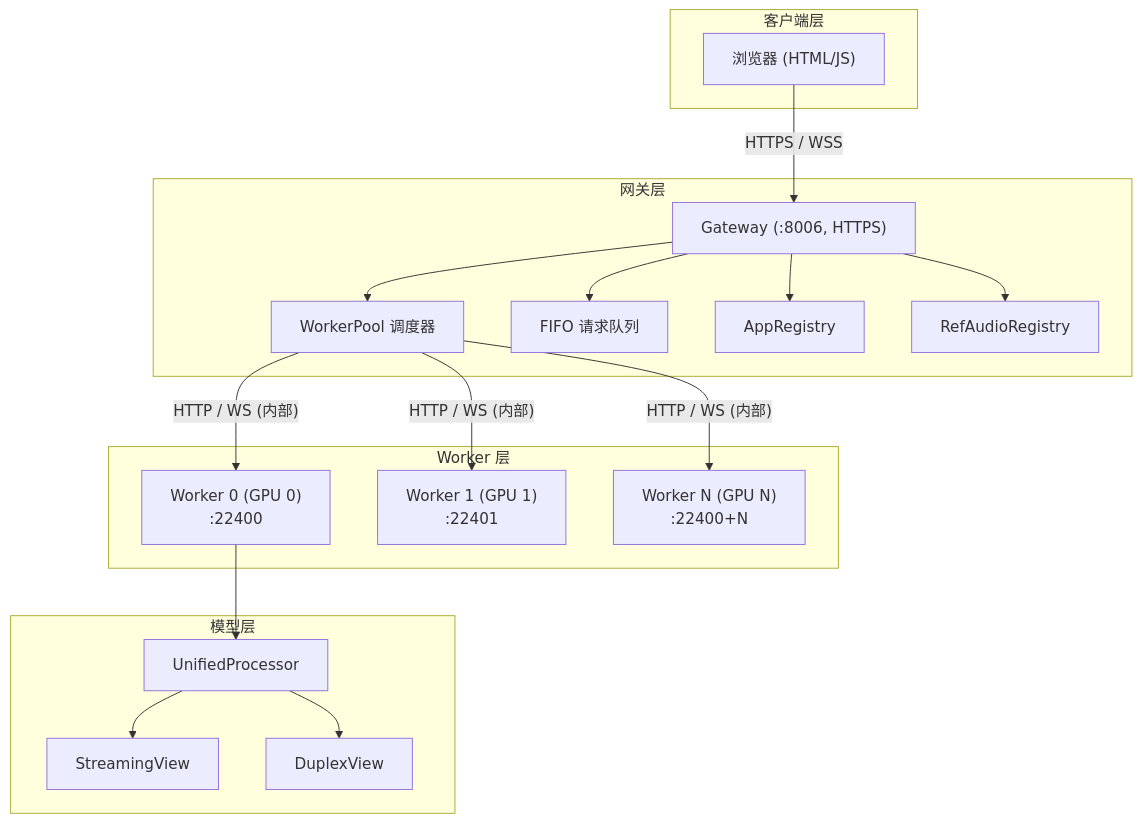
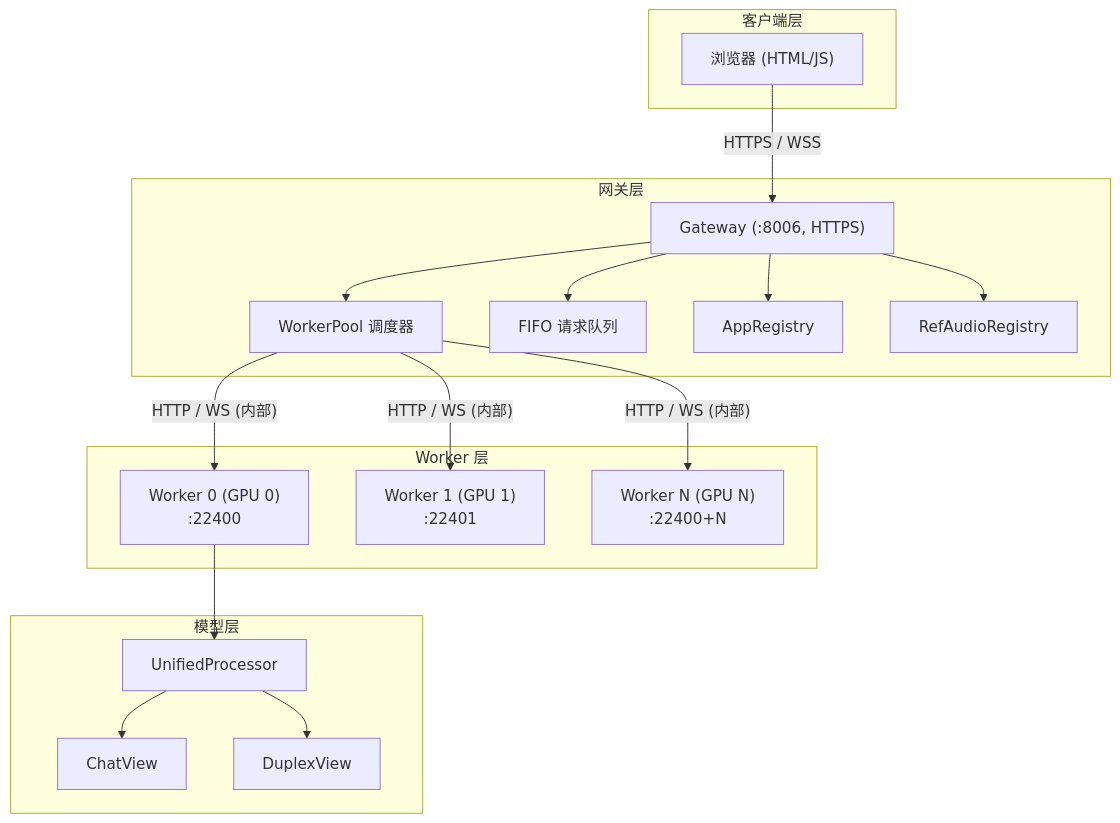
Before and after one commit to OpenBMB/minicpm-o-4_5-pytorch-simple-demo: the first of 2 diagrams in docs/zh/architecture/index.md, drawn with Mermaid. The commit also changed other lines of this file and 48 other files, not shown here.

````diff
--- a/docs/zh/architecture/index.md
+++ b/docs/zh/architecture/index.md
@@ -7,38 +7,38 @@
 ```mermaid
 graph TB
     subgraph clientLayer [客户端层]
         Browser["浏览器 (HTML/JS)"]
     end
 
     subgraph gatewayLayer [网关层]
         Gateway["Gateway (:8006, HTTPS)"]
         WPool["WorkerPool 调度器"]
         Queue["FIFO 请求队列"]
         AppReg["AppRegistry"]
         RefAudio["RefAudioRegistry"]
         Gateway --> WPool
         Gateway --> Queue
         Gateway --> AppReg
         Gateway --> RefAudio
     end
 
     subgraph workerLayer [Worker 层]
         W0["Worker 0 (GPU 0)\n:22400"]
         W1["Worker 1 (GPU 1)\n:22401"]
         W2["Worker N (GPU N)\n:22400+N"]
     end
 
     subgraph modelLayer [模型层]
         UP["UnifiedProcessor"]
-        StreamV["StreamingView"]
+        ChatV["ChatView"]
         DuplexV["DuplexView"]
-        UP --> StreamV
+        UP --> ChatV
         UP --> DuplexV
     end
 
     Browser -->|"HTTPS / WSS"| Gateway
     WPool -->|"HTTP / WS (内部)"| W0
     WPool -->|"HTTP / WS (内部)"| W1
     WPool -->|"HTTP / WS (内部)"| W2
     W0 --> UP
 ```
````
